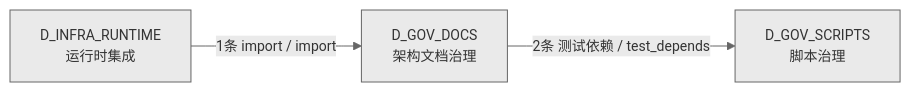
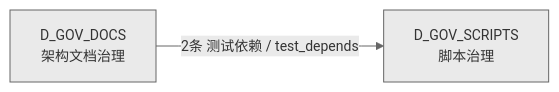
Before and after one commit to xuanFelixVan/ZephyrAlpha: the fourth of 4 diagrams in docs/02_enterprise_architecture/02_domain_architecture_docs/51_d_gov_docs.md, drawn with Mermaid. The commit also changed other lines of this file and 62 other files, not shown here.

````diff
--- a/docs/02_enterprise_architecture/02_domain_architecture_docs/51_d_gov_docs.md
+++ b/docs/02_enterprise_architecture/02_domain_architecture_docs/51_d_gov_docs.md
@@ -214,9 +210,7 @@
 ```mermaid
 %%{init: {'theme': 'base', 'themeVariables': {'primaryColor': '#eaeaea', 'primaryTextColor': '#333333', 'primaryBorderColor': '#666666', 'lineColor': '#666666', 'secondaryColor': '#eaeaea', 'tertiaryColor': '#eaeaea', 'fontSize': '14px'}}}%%
 graph LR
     D_GOV_DOCS["D_GOV_DOCS<br/>架构文档治理"]
     D_GOV_SCRIPTS["D_GOV_SCRIPTS<br/>脚本治理"]
-    D_INFRA_RUNTIME["D_INFRA_RUNTIME<br/>运行时集成"]
     D_GOV_DOCS -->|2条 测试依赖 / test_depends| D_GOV_SCRIPTS
-    D_INFRA_RUNTIME -->|1条 import / import| D_GOV_DOCS
 ```
````
